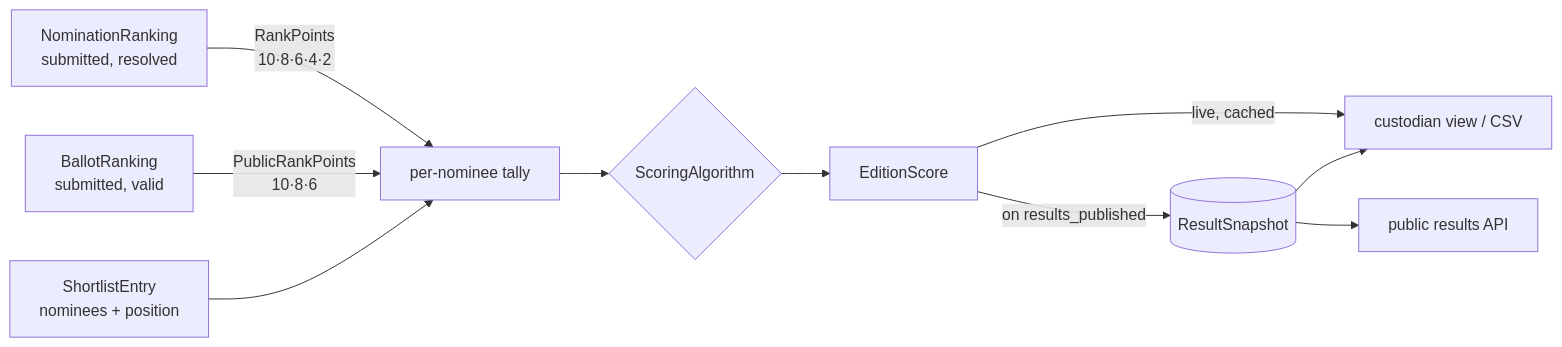
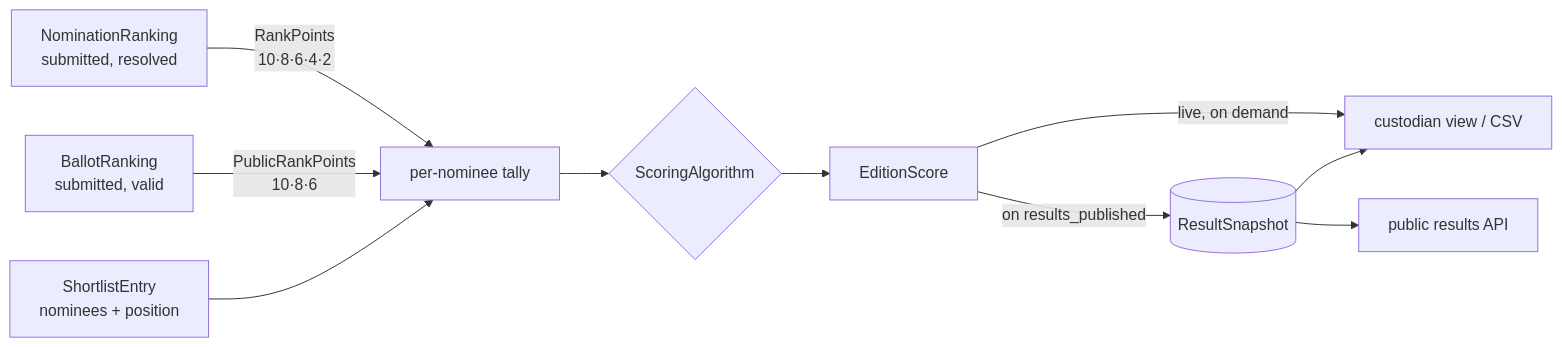
The diagram in docs/scoring-results.md (soma-labs/rominas-api), drawn with Mermaid before and after one commit. The commit also changed other lines of this file and 12 other files, not shown here.

````diff
--- a/docs/scoring-results.md
+++ b/docs/scoring-results.md
@@ -14,12 +14,12 @@
 ```mermaid
 flowchart LR
     NR[NominationRanking<br/>submitted, resolved] -->|RankPoints<br/>10·8·6·4·2| T[per-nominee tally]
     BR[BallotRanking<br/>submitted, valid] -->|PublicRankPoints<br/>10·8·6| T
     SL[ShortlistEntry<br/>nominees + position] --> T
     T --> ALG{ScoringAlgorithm}
     ALG --> ES[EditionScore]
-    ES -->|live, cached| CUST[custodian view / CSV]
+    ES -->|live, on demand| CUST[custodian view / CSV]
     ES -->|on results_published| SNAP[(ResultSnapshot)]
     SNAP --> CUST
     SNAP --> PUB[public results API]
 ```
````
